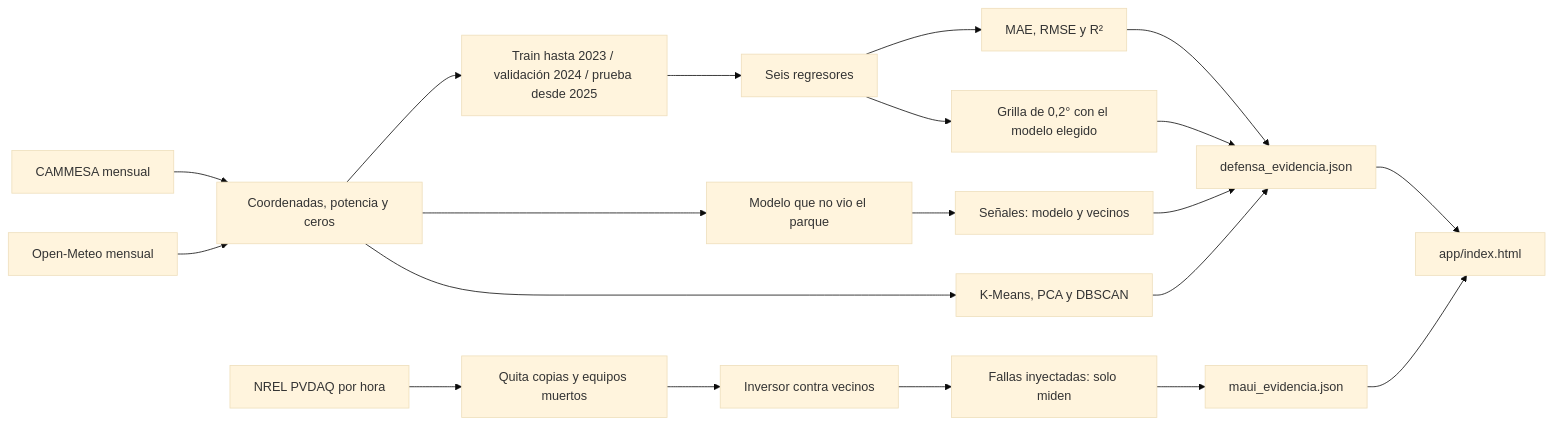
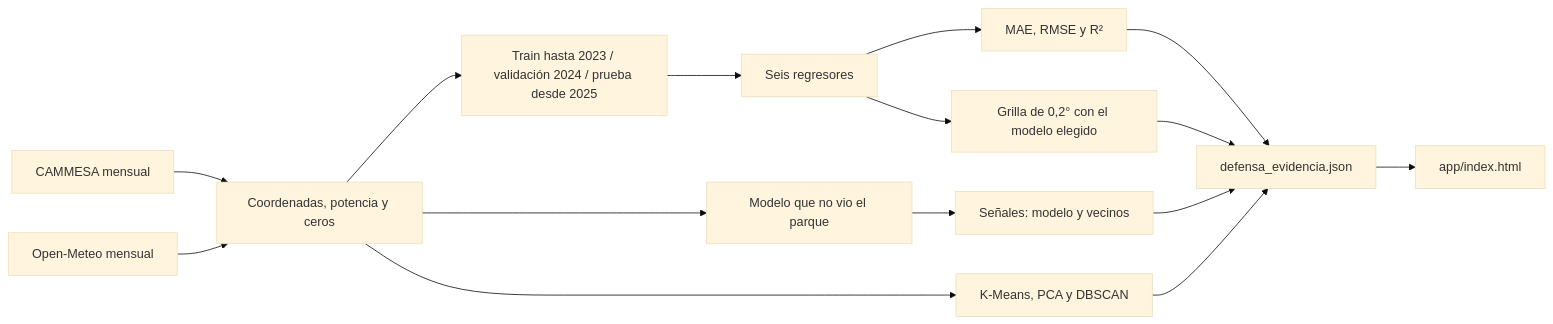
Before and after one commit to imelinc/tpo-solar: the diagram in docs/arquitectura.md, drawn with Mermaid (base theme). The commit also changed other lines of this file and 19 other files, not shown here.

````diff
--- a/docs/arquitectura.md
+++ b/docs/arquitectura.md
@@ -5,22 +5,17 @@
 ```mermaid
 flowchart LR
     CAM[CAMMESA mensual] --> PREP[Coordenadas, potencia y ceros]
     OM[Open-Meteo mensual] --> PREP
     PREP --> SPLIT[Train hasta 2023 / validación 2024 / prueba desde 2025]
     SPLIT --> REG[Seis regresores]
     REG --> MET[MAE, RMSE y R²]
     REG --> GRID[Grilla de 0,2° con el modelo elegido]
     PREP --> OOF[Modelo que no vio el parque]
     OOF --> SEN[Señales: modelo y vecinos]
     PREP --> NS[K-Means, PCA y DBSCAN]
-    PV[NREL PVDAQ por hora] --> CAL[Quita copias y equipos muertos]
-    CAL --> REGLA[Inversor contra vecinos]
-    REGLA --> INY[Fallas inyectadas: solo miden]
     MET --> JSON[defensa_evidencia.json]
     GRID --> JSON
     SEN --> JSON
     NS --> JSON
-    INY --> MJ[maui_evidencia.json]
     JSON --> APP[app/index.html]
-    MJ --> APP
 ```
````
